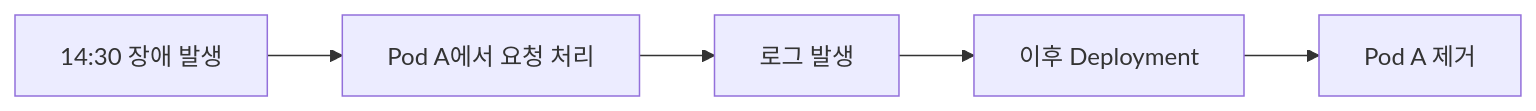
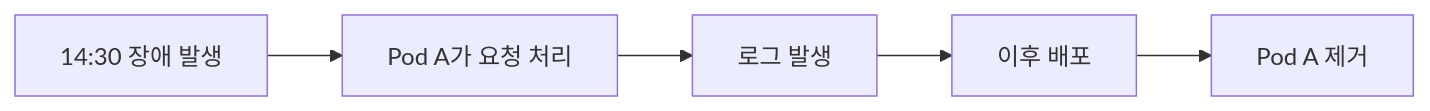
The fifth of 9 diagrams in _posts/2026-08-16-kubernetes-application-logs.md (jw3418/jw3418.github.io), drawn with Mermaid before and after one commit. The commit also changed other lines of this file, not shown here.

````diff
--- a/_posts/2026-08-16-kubernetes-application-logs.md
+++ b/_posts/2026-08-16-kubernetes-application-logs.md
@@ -303,7 +145,4 @@
 ```mermaid
 flowchart LR
-    A["14:30 장애 발생"] --> B["Pod A에서 요청 처리"]
-    B --> C["로그 발생"]
-    C --> D["이후 Deployment"]
-    D --> E["Pod A 제거"]
+    A["14:30 장애 발생"] --> B["Pod A가 요청 처리"] --> C["로그 발생"] --> D["이후 배포"] --> E["Pod A 제거"]
 ```
````
